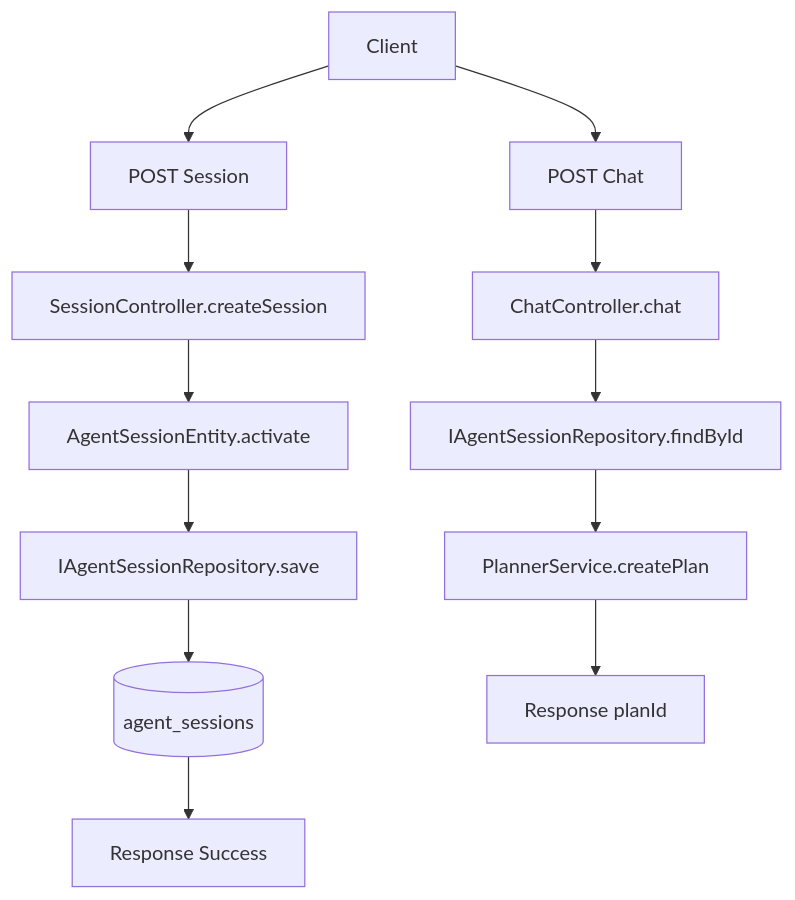
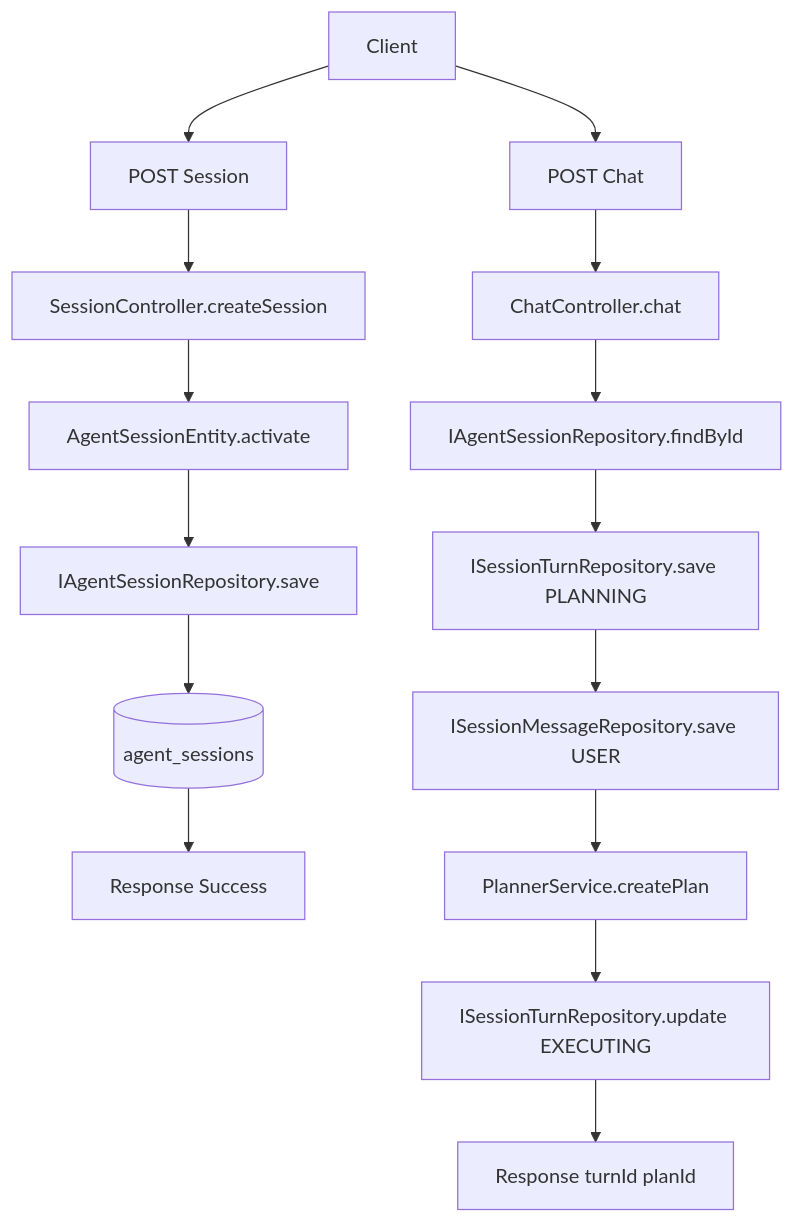
Before and after one commit to letmetocode/agent: the first of 2 diagrams in docs/design/01-session-and-chat.md, drawn with Mermaid. The commit also changed other lines of this file and 115 other files, not shown here.

````diff
--- a/docs/design/01-session-and-chat.md
+++ b/docs/design/01-session-and-chat.md
@@ -21,14 +31,17 @@
 ```mermaid
 flowchart TD
     A[Client] --> B[POST Session]
     B --> C[SessionController.createSession]
     C --> D[AgentSessionEntity.activate]
     D --> E[IAgentSessionRepository.save]
     E --> F[(agent_sessions)]
     F --> G[Response Success]
     A --> H[POST Chat]
     H --> I[ChatController.chat]
     I --> J[IAgentSessionRepository.findById]
-    J --> K[PlannerService.createPlan]
-    K --> L[Response planId]
+    J --> K[ISessionTurnRepository.save PLANNING]
+    K --> L[ISessionMessageRepository.save USER]
+    L --> M[PlannerService.createPlan]
+    M --> N[ISessionTurnRepository.update EXECUTING]
+    N --> O[Response turnId planId]
 ```
````
